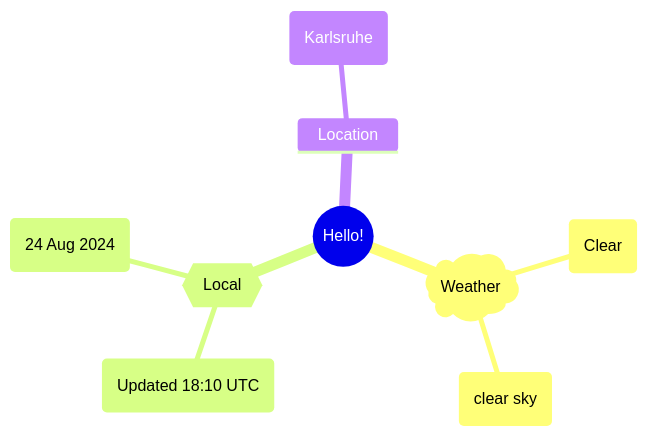
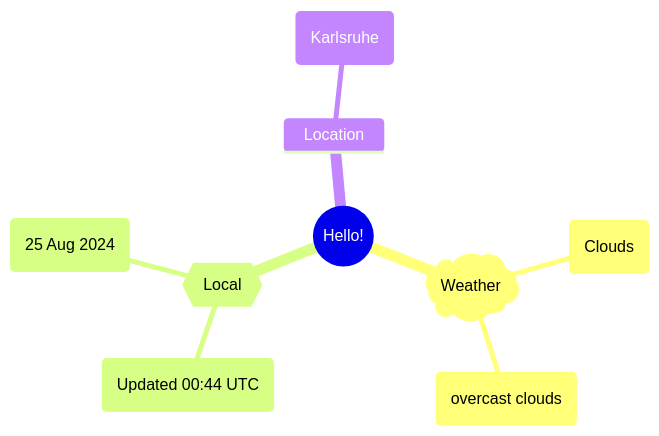
The first of 2 diagrams in README.md (Xosrov/Xosrov), drawn with Mermaid before and after one commit.

Commit message:
[bot] updated images

````diff
--- a/README.md
+++ b/README.md
@@ -3,12 +3,12 @@
 ```mermaid
 mindmap
   root((Hello!))
     )Weather(
-        (Clear)
-        (clear sky)
+        (Clouds)
+        (overcast clouds)
     {{Local}}
-        (Updated 18:10 UTC)
-        (24 Aug 2024)
+        (Updated 00:44 UTC)
+        (25 Aug 2024)
     Location
         (Karlsruhe)
 ```
````
